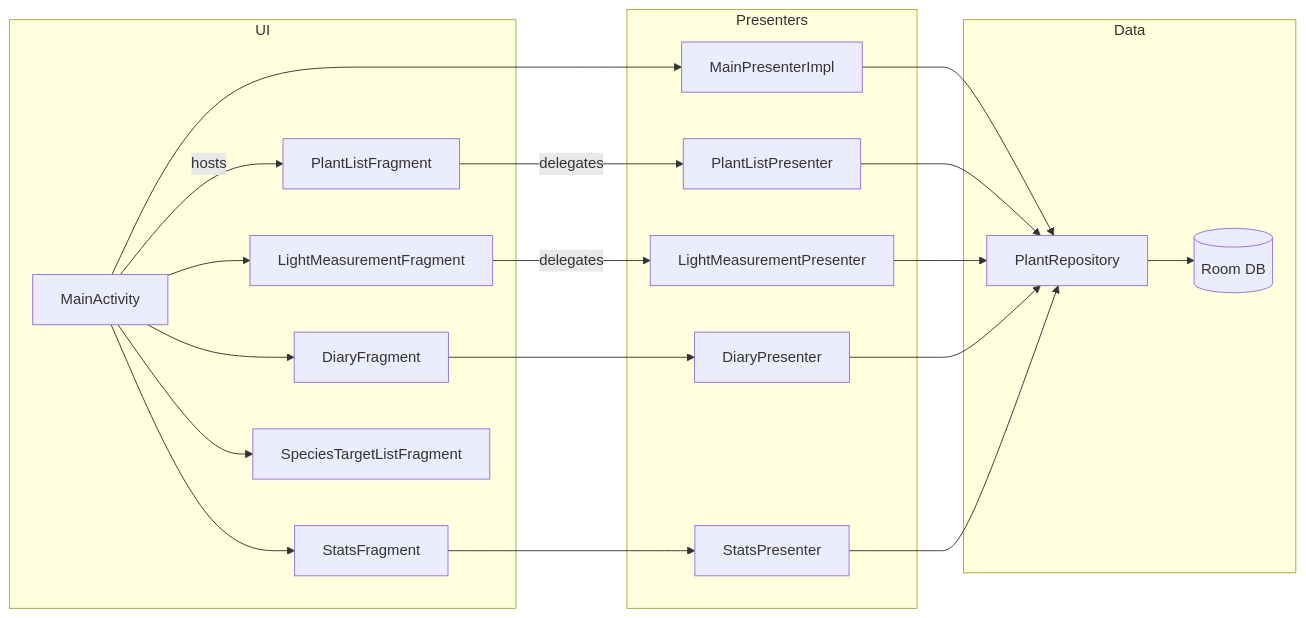
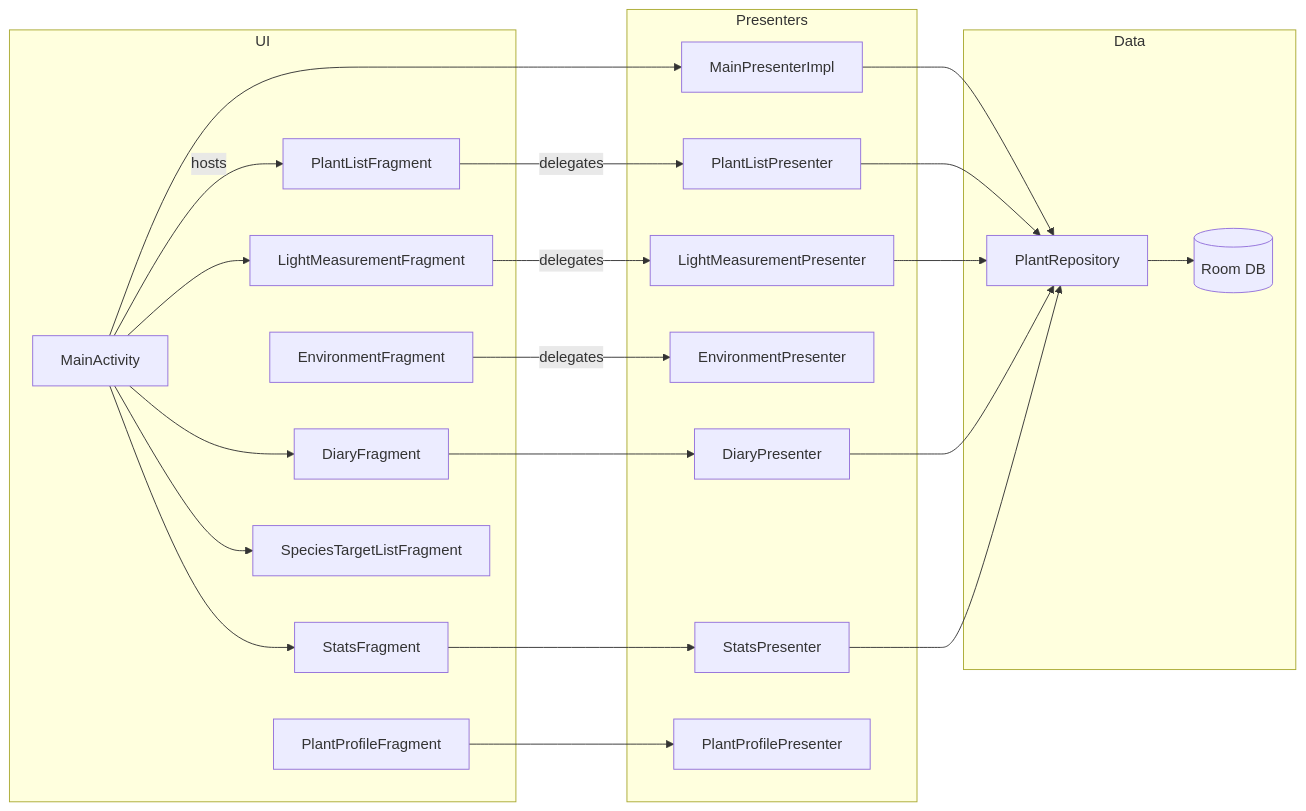
Before and after one commit to hiimOmagh/Pflanzbestand_und_Lichttest_-Haus-: the first of 7 diagrams in docs/ARCHITECTURE.md, drawn with Mermaid. The commit also changed other lines of this file and 2 other files, not shown here.

First line of the commit message:
feat: Add Plant Profiles and Environment Logging

````diff
--- a/docs/ARCHITECTURE.md
+++ b/docs/ARCHITECTURE.md
@@ -16,38 +18,44 @@
 ```mermaid
 flowchart LR
     subgraph UI
         MainActivity
         PlantListFragment
         LightMeasurementFragment
+        EnvironmentFragment
         DiaryFragment
         StatsFragment
         SpeciesTargetListFragment
+        PlantProfileFragment
     end
     subgraph Presenters
         MainPresenterImpl
         PlantListPresenter
         LightMeasurementPresenter
+        EnvironmentPresenter
         DiaryPresenter
         StatsPresenter
+        PlantProfilePresenter
     end
     subgraph Data
         PlantRepository
         PlantDatabase[(Room DB)]
     end
     MainActivity -->|hosts| PlantListFragment
     MainActivity --> LightMeasurementFragment
     MainActivity --> DiaryFragment
     MainActivity --> StatsFragment
     MainActivity --> SpeciesTargetListFragment
     PlantListFragment -->|delegates| PlantListPresenter
     LightMeasurementFragment -->|delegates| LightMeasurementPresenter
     DiaryFragment --> DiaryPresenter
+    EnvironmentFragment -->|delegates| EnvironmentPresenter
     StatsFragment --> StatsPresenter
     MainActivity --> MainPresenterImpl
+    PlantProfileFragment --> PlantProfilePresenter
     MainPresenterImpl --> PlantRepository
     PlantListPresenter --> PlantRepository
     LightMeasurementPresenter --> PlantRepository
     DiaryPresenter --> PlantRepository
     StatsPresenter --> PlantRepository
     PlantRepository --> PlantDatabase
 ```
````
